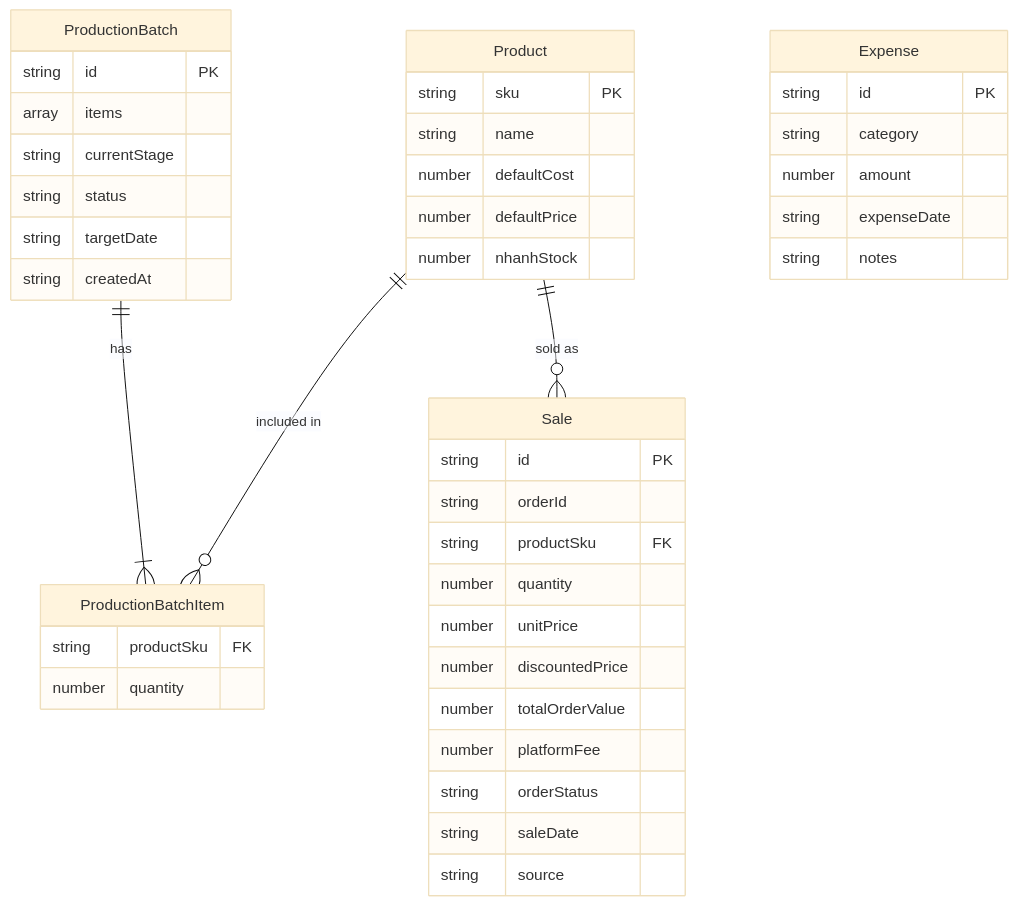
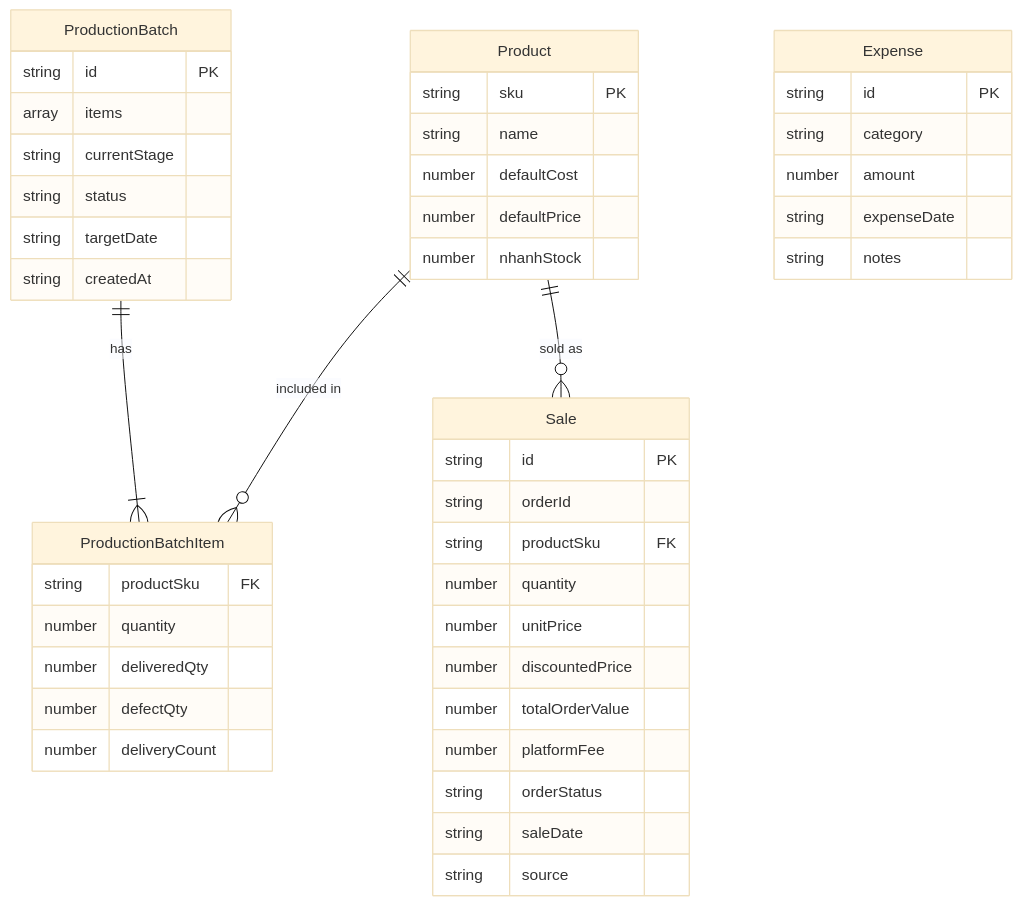
Before and after one commit to nhanthaith-cyber/Silence_Production: the diagram in docs/technology/database.md, drawn with Mermaid (base theme). The commit also changed other lines of this file and 4 other files, not shown here.

Commit message:
docs: cap nhat tat ca tai lieu he thong khop voi cac tinh nang moi (defectQty, deliveredQty, deliveryCount, modals, formulas)

````diff
--- a/docs/technology/database.md
+++ b/docs/technology/database.md
@@ -9,50 +9,53 @@
 ```mermaid
 erDiagram
     Product {
         string sku PK
         string name
         number defaultCost
         number defaultPrice
         number nhanhStock
     }
     
     ProductionBatch {
         string id PK
         array items
         string currentStage
         string status
         string targetDate
         string createdAt
     }
     
     ProductionBatchItem {
         string productSku FK
         number quantity
+        number deliveredQty
+        number defectQty
+        number deliveryCount
     }
     
     Sale {
         string id PK
         string orderId
         string productSku FK
         number quantity
         number unitPrice
         number discountedPrice
         number totalOrderValue
         number platformFee
         string orderStatus
         string saleDate
         string source
     }
     
     Expense {
         string id PK
         string category
         number amount
         string expenseDate
         string notes
     }
 
     Product ||--o{ ProductionBatchItem : "included in"
     ProductionBatch ||--|{ ProductionBatchItem : "has"
     Product ||--o{ Sale : "sold as"
 ```
````
